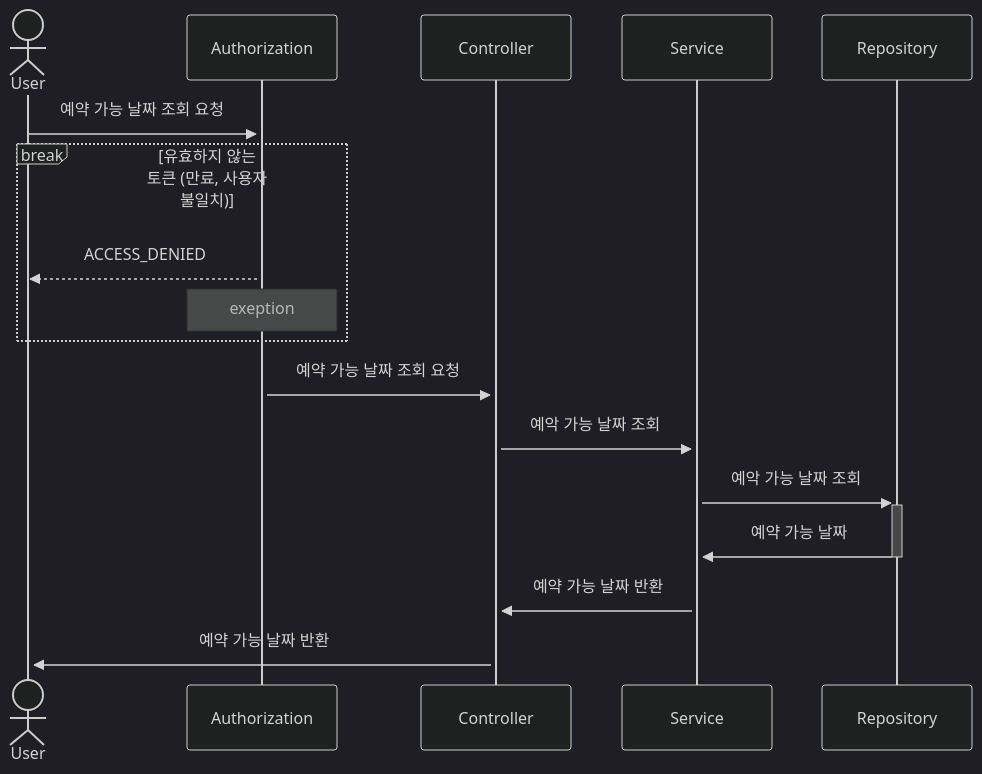
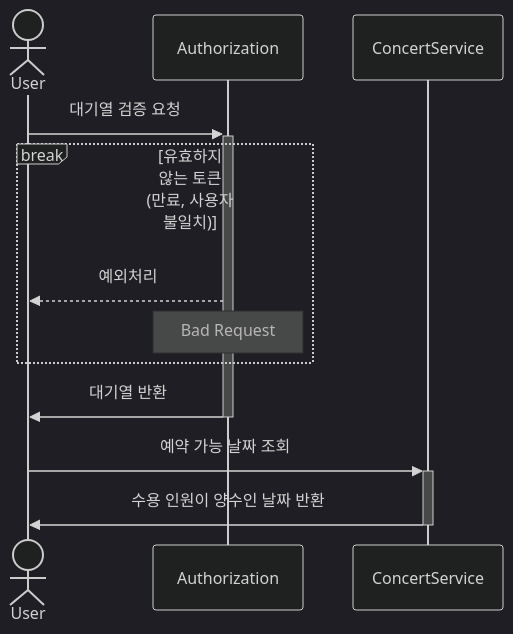
One commit to adiospain/hhplus-concert-reservation-service-java changed the third of 10 diagrams in README.md. Above: the diagram before and after it, drawn with Mermaid (dark theme). The commit also changed other lines of this file and 1 other file, not shown here.

Commit message:
DOCS : README.md 파일 시퀀스다이어그램 수정

````diff
--- a/README.md
+++ b/README.md
@@ -93,20 +73,15 @@
 ```mermaid
 sequenceDiagram
     actor User
     participant Authorization
-    participant Controller
-    participant Service
-    participant Repository
-    User ->>+ Authorization: 예약 가능 날짜 조회 요청
-    break 유효하지 않는 토큰 (만료, 사용자 불일치)
-        Authorization -->> User: ACCESS_DENIED
-        note over Authorization: exeption
-    end
-	Authorization ->>+ Controller: 예약 가능 날짜 조회 요청
-    Controller ->>+ Service: 예악 가능 날짜 조회
-    Service ->>+ Repository: 예악 가능 날짜 조회
-    Repository ->>- Service: 예약 가능 날짜
-	Service ->>+ Controller: 예약 가능 날짜 반환
-	Controller ->>+ User: 예약 가능 날짜 반환
-
+    participant ConcertService
+    User ->>+ Authorization: 대기열 검증 요청
+  break 유효하지 않는 토큰 (만료, 사용자 불일치)
+    Authorization -->> User: 예외처리
+    note over Authorization: Bad Request
+  end
+    Authorization ->>- User: 대기열 반환
+    
+    User ->>+ ConcertService: 예약 가능 날짜 조회
+    ConcertService ->>- User: 수용 인원이 양수인 날짜 반환
 ```
````
